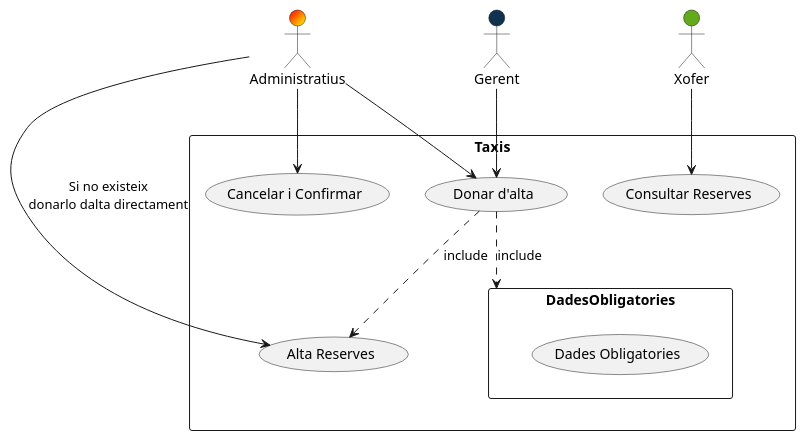
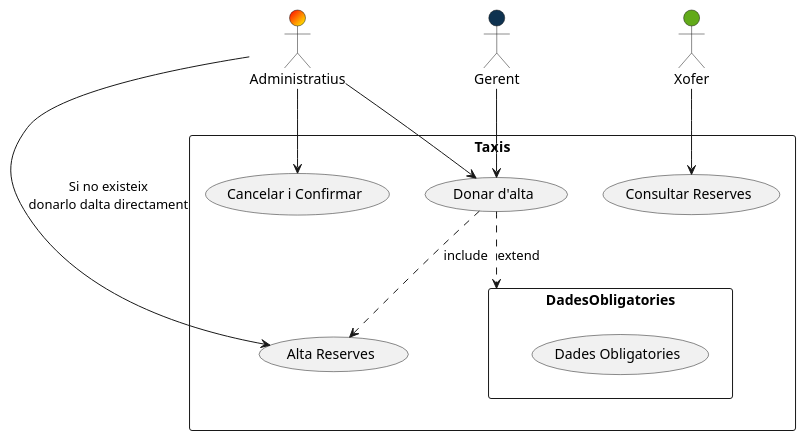
One commit to elbacalau/M05_UML changed the diagram in act3-2.plantuml. Above: the diagram before and after it, drawn with PlantUML.

Commit message:
Afegit nota alta reserves

```diff
--- a/act3-2.plantuml
+++ b/act3-2.plantuml
@@ -1,30 +1,30 @@
 @startuml
 
 actor Administratius #FF0000/FFFF00
 actor Xofer #62AA1A
 actor Gerent #0E3250
 
 rectangle Taxis {
     
     usecase "Donar d'alta" as donaAlta
     usecase "Alta Reserves" as altaReserves
     usecase "Cancelar i Confirmar" as cancelaConfirmar
     usecase "Consultar Reserves" as consultarReserves
 
     donaAlta ..> altaReserves : include
-    donaAlta ..> DadesObligatories : include
+    donaAlta ..> DadesObligatories : extend
 
     rectangle DadesObligatories {
         usecase "Dades Obligatories" as dob
     }
 }
 
 
 Administratius --> donaAlta
 Administratius --> cancelaConfirmar
 Administratius --> altaReserves : Si no existeix\ndonarlo dalta directament
 
 Gerent --> donaAlta
 Xofer --> consultarReserves
 
 @enduml
```
